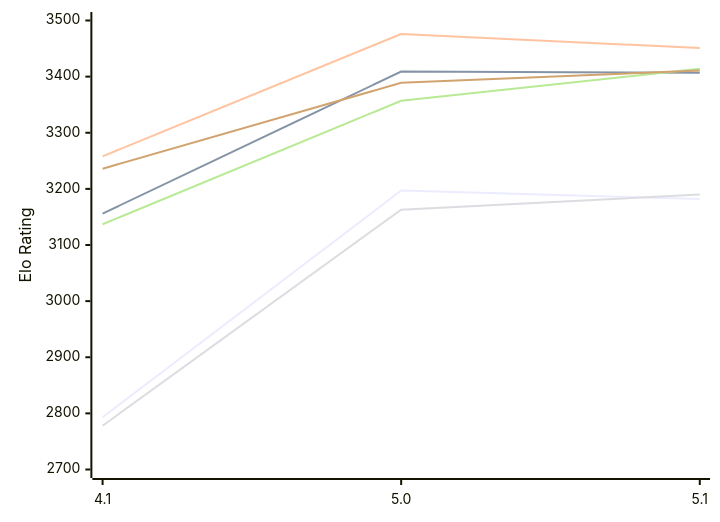
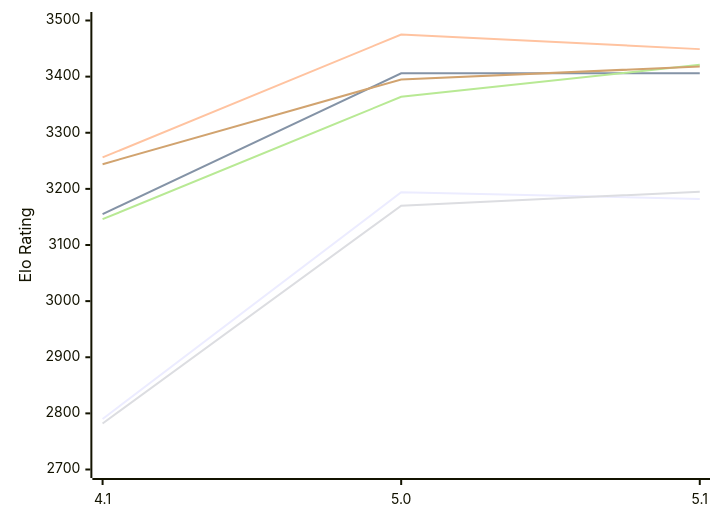
One commit to computer-chess-index/cci changed the diagram in engines/NarcNext.md. Above: the diagram before and after it, drawn with Mermaid. The commit also changed other lines of this file, not shown here.

Commit message:
Update CCI Ratings (ELO VLTC) - 2026-11-23

````diff
--- a/engines/NarcNext.md
+++ b/engines/NarcNext.md
@@ -51,12 +51,12 @@
 ```mermaid
 %%{init: {"theme":"base","themeVariables":{"seriesColors:['#a3a3a3','#222221','#faa371']}}}%%
 xychart-beta
   x-axis ["4.1", "5.0", "5.1"]
   y-axis "Elo Rating" 2700 --> 3500
-  line "E1: STC (8.0+0.08s)" [2793, 3197, 3182]
-  line "E1: LTC (60.0+0.60s)" [3156, 3409, 3407]
-  line "E1: VLTC (2m24s+1.12s)" [3258, 3476, 3451]
-  line "P1: STC (8.0+0.08s)" [2778, 3163, 3190]
-  line "P1: LTC (60.0+0.60s)" [3137, 3357, 3414]
-  line "P1: VLTC (2m24s+1.12s)" [3236, 3389, 3411]
+  line "E1: STC (8.0+0.08s)" [2790, 3194, 3182]
+  line "E1: LTC (60.0+0.60s)" [3155, 3406, 3406]
+  line "E1: VLTC (2m24s+1.12s)" [3256, 3475, 3449]
+  line "P1: STC (8.0+0.08s)" [2782, 3170, 3195]
+  line "P1: LTC (60.0+0.60s)" [3146, 3364, 3421]
+  line "P1: VLTC (2m24s+1.12s)" [3244, 3395, 3418]
 ```
````
